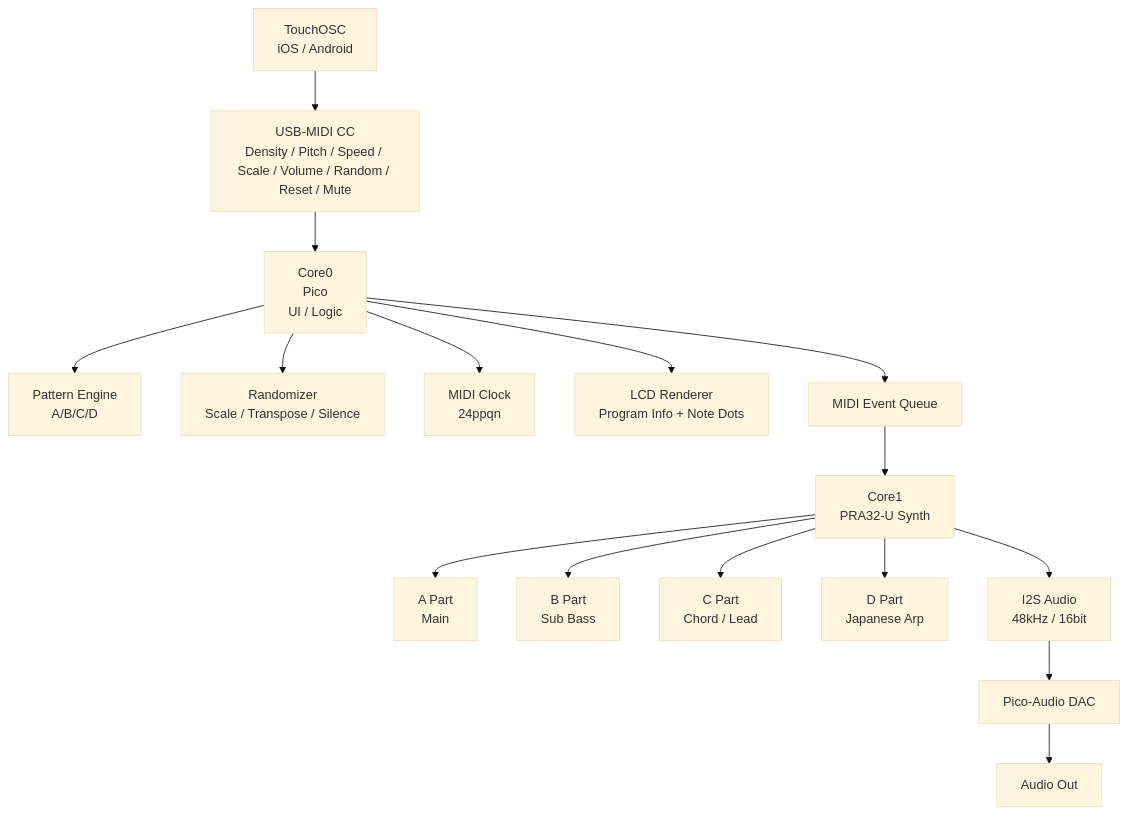
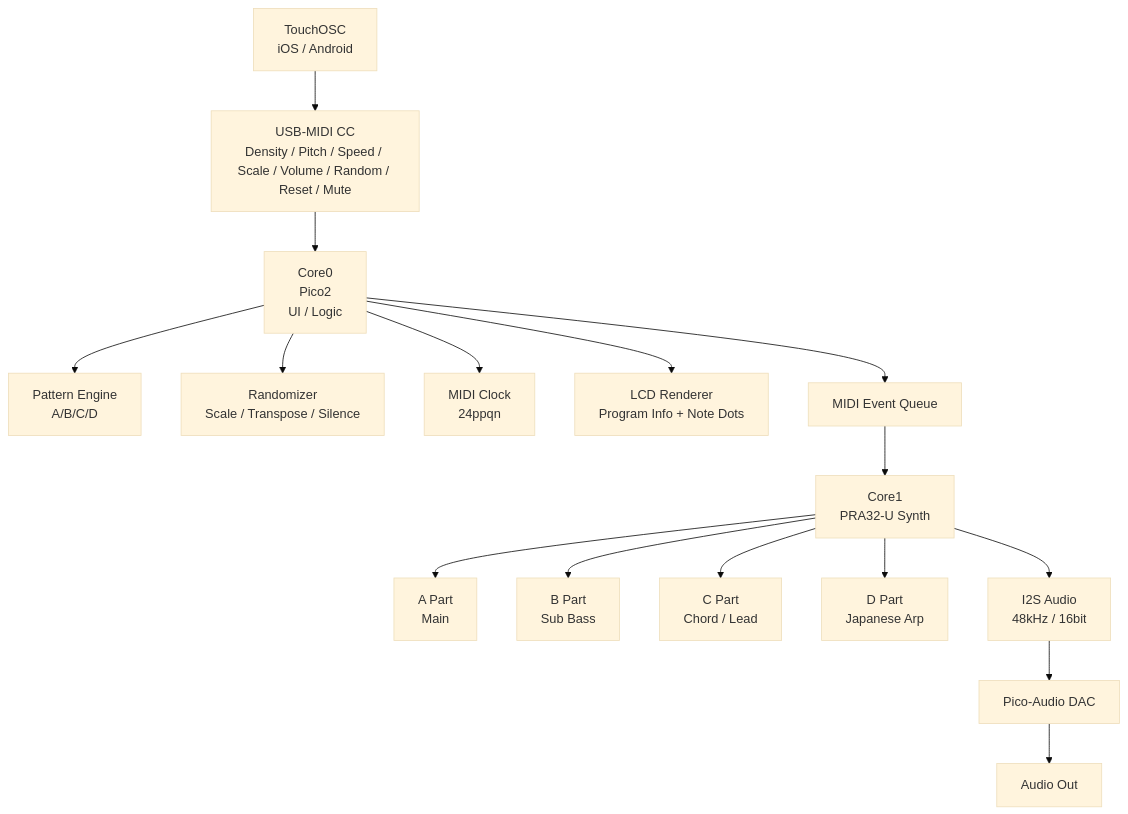
One commit to plantssystem/KOSMOS2 changed the first of 2 diagrams in README.md. Above: the diagram before and after it, drawn with Mermaid (base theme). The commit also changed other lines of this file, not shown here.

````diff
--- a/README.md
+++ b/README.md
@@ -172,39 +172,39 @@
 ```mermaid
 flowchart TD
 
     %% ============================
     %% 外部コントローラー
     %% ============================
     TO[TouchOSC<br/>iOS / Android] --> CC[USB-MIDI CC<br/>Density / Pitch / Speed / Scale / Volume / Random / Reset / Mute]
 
     %% ============================
     %% Core0（UI + ロジック）
     %% ============================
-    CC --> C0[Core0<br/>Pico<br/>UI / Logic]
+    CC --> C0[Core0<br/>Pico2<br/>UI / Logic]
 
     C0 --> PAT[Pattern Engine<br/>A/B/C/D]
     C0 --> RAND[Randomizer<br/>Scale / Transpose / Silence]
     C0 --> CLOCK[MIDI Clock<br/>24ppqn]
     C0 --> LCD[LCD Renderer<br/>Program Info + Note Dots]
 
     %% Core0 → Core1
     C0 --> Q[MIDI Event Queue]
 
     %% ============================
     %% Core1（PRA32-U シンセ）
     %% ============================
     Q --> C1[Core1<br/>PRA32-U Synth]
 
     C1 --> A[A Part<br/>Main]
     C1 --> B[B Part<br/>Sub Bass]
     C1 --> C[C Part<br/>Chord / Lead]
     C1 --> D[D Part<br/>Japanese Arp]
 
     %% ============================
     %% オーディオ出力
     %% ============================
     C1 --> I2S[I2S Audio<br/>48kHz / 16bit]
     I2S --> DAC[Pico-Audio DAC]
     DAC --> OUT[Audio Out]
 
 ```
````
